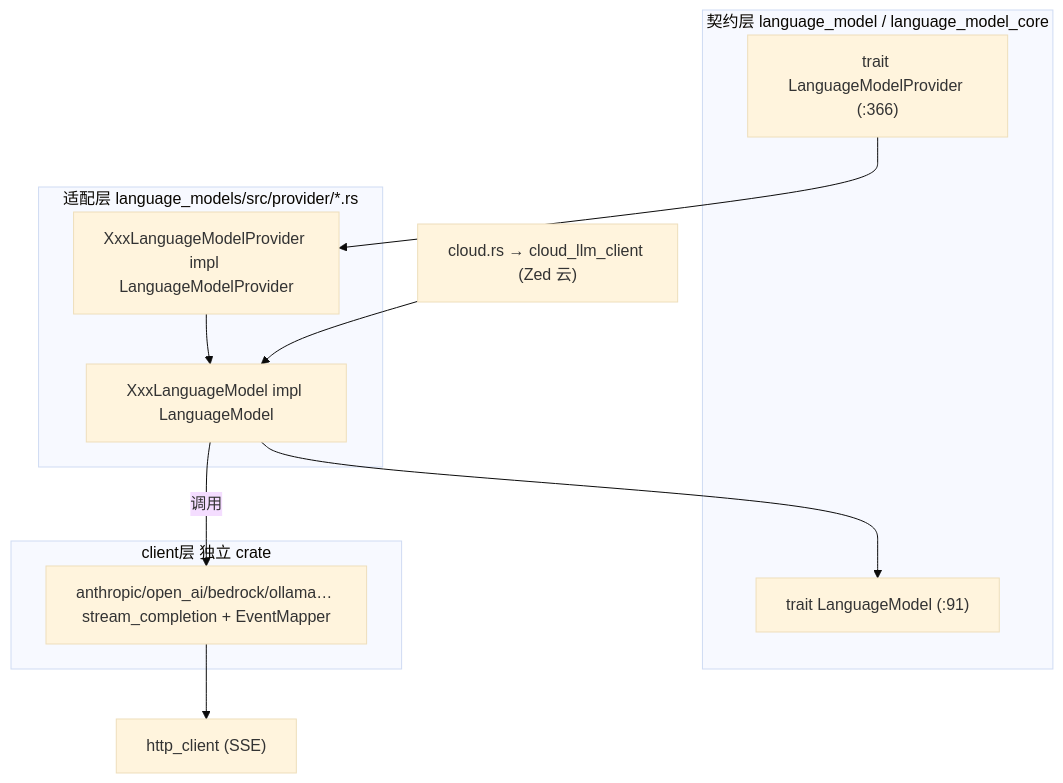
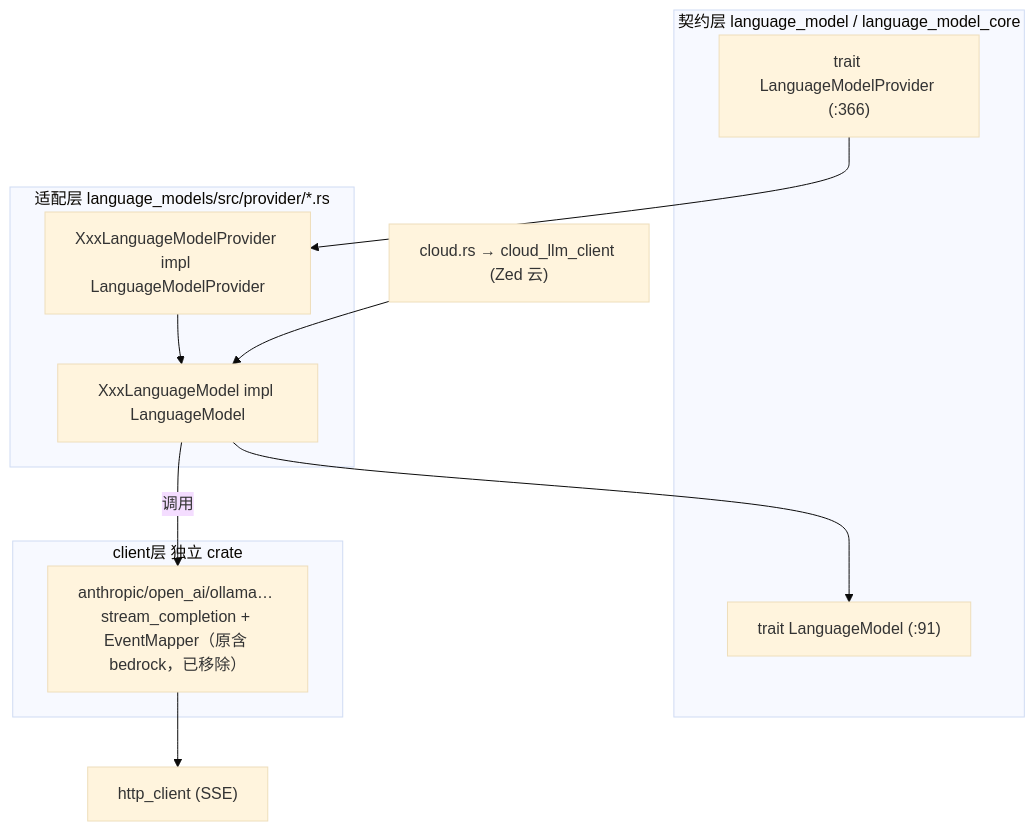
The first of 2 diagrams in wiki/Model-Providers-Deep-Dive.md (rzhangjing/zed), drawn with Mermaid (base theme) before and after one commit. The commit also changed other lines of this file and 38 other files, not shown here.

````diff
--- a/wiki/Model-Providers-Deep-Dive.md
+++ b/wiki/Model-Providers-Deep-Dive.md
@@ -9,18 +9,18 @@
 ```mermaid
 graph TB
     subgraph 契约层 language_model / language_model_core
     LM["trait LanguageModel (:91)"]
     LP["trait LanguageModelProvider (:366)"]
     end
     subgraph 适配层 language_models/src/provider/*.rs
     ADP["XxxLanguageModelProvider impl LanguageModelProvider"]
     ALM["XxxLanguageModel impl LanguageModel"]
     end
     subgraph client层 独立 crate
-    CLI["anthropic/open_ai/bedrock/ollama… stream_completion + EventMapper"]
+    CLI["anthropic/open_ai/ollama… stream_completion + EventMapper（原含 bedrock，已移除）"]
     end
     LP --> ADP --> ALM --> LM
     ALM -->|调用| CLI
     CLI --> HTTP["http_client (SSE)"]
     CLOUD["cloud.rs → cloud_llm_client (Zed 云)"] --> ALM
 ```
````
